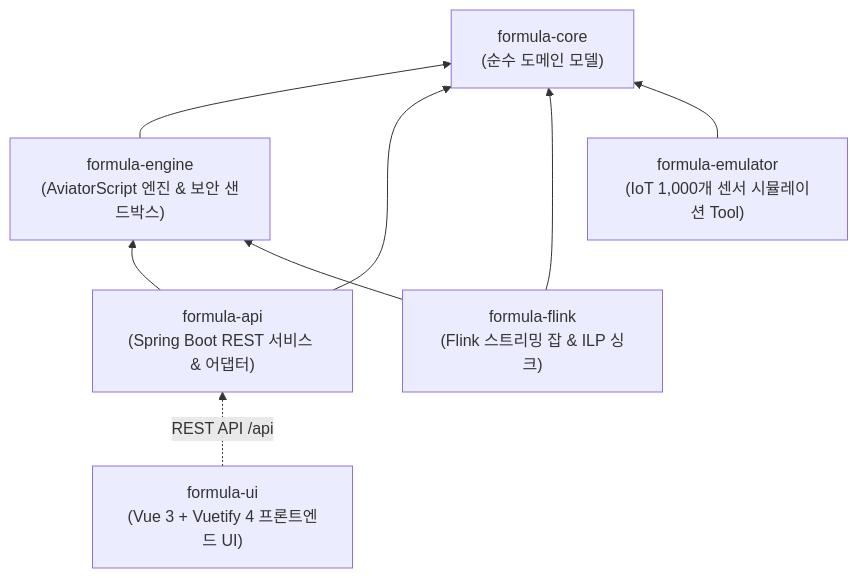
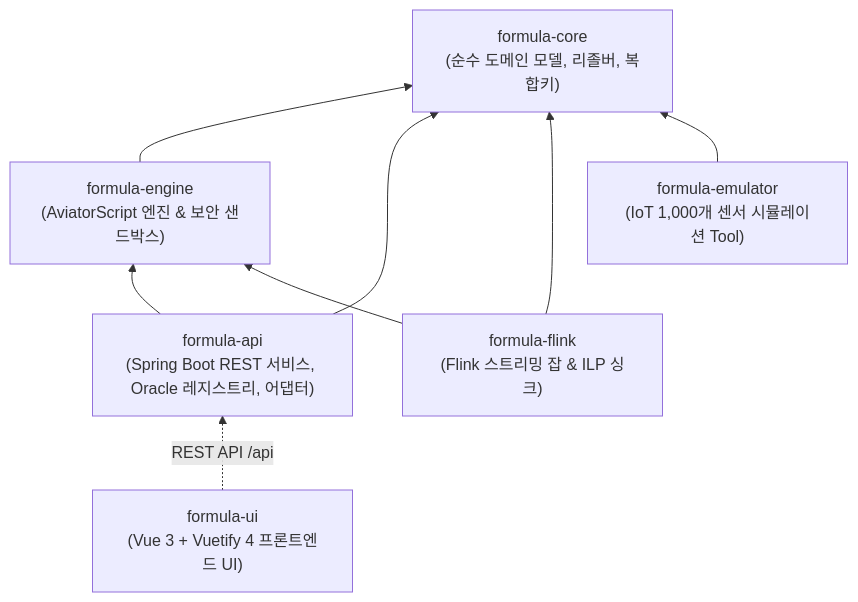
One commit to imoil/formula-evaluator-service changed the second of 2 diagrams in README.md. Above: the diagram before and after it, drawn with Mermaid. The commit also changed other lines of this file and 6 other files, not shown here.

Commit message:
docs: update architecture, streaming, and frontend guides for unified sensor registry and oracle 19c

````diff
--- a/README.md
+++ b/README.md
@@ -97,17 +128,17 @@
 ```mermaid
 flowchart BT
-    formulaCore["formula-core<br/>(순수 도메인 모델)"]
+    formulaCore["formula-core<br/>(순수 도메인 모델, 리졸버, 복합키)"]
     formulaEngine["formula-engine<br/>(AviatorScript 엔진 & 보안 샌드박스)"]
-    formulaApi["formula-api<br/>(Spring Boot REST 서비스 & 어댑터)"]
+    formulaApi["formula-api<br/>(Spring Boot REST 서비스, Oracle 레지스트리, 어댑터)"]
     formulaFlink["formula-flink<br/>(Flink 스트리밍 잡 & ILP 싱크)"]
     formulaEmulator["formula-emulator<br/>(IoT 1,000개 센서 시뮬레이션 Tool)"]
     formulaUi["formula-ui<br/>(Vue 3 + Vuetify 4 프론트엔드 UI)"]
 
     formulaEngine --> formulaCore
     formulaApi --> formulaCore
     formulaApi --> formulaEngine
     formulaFlink --> formulaCore
     formulaFlink --> formulaEngine
     formulaEmulator --> formulaCore
     formulaUi -.->|REST API /api| formulaApi
 ```
````
